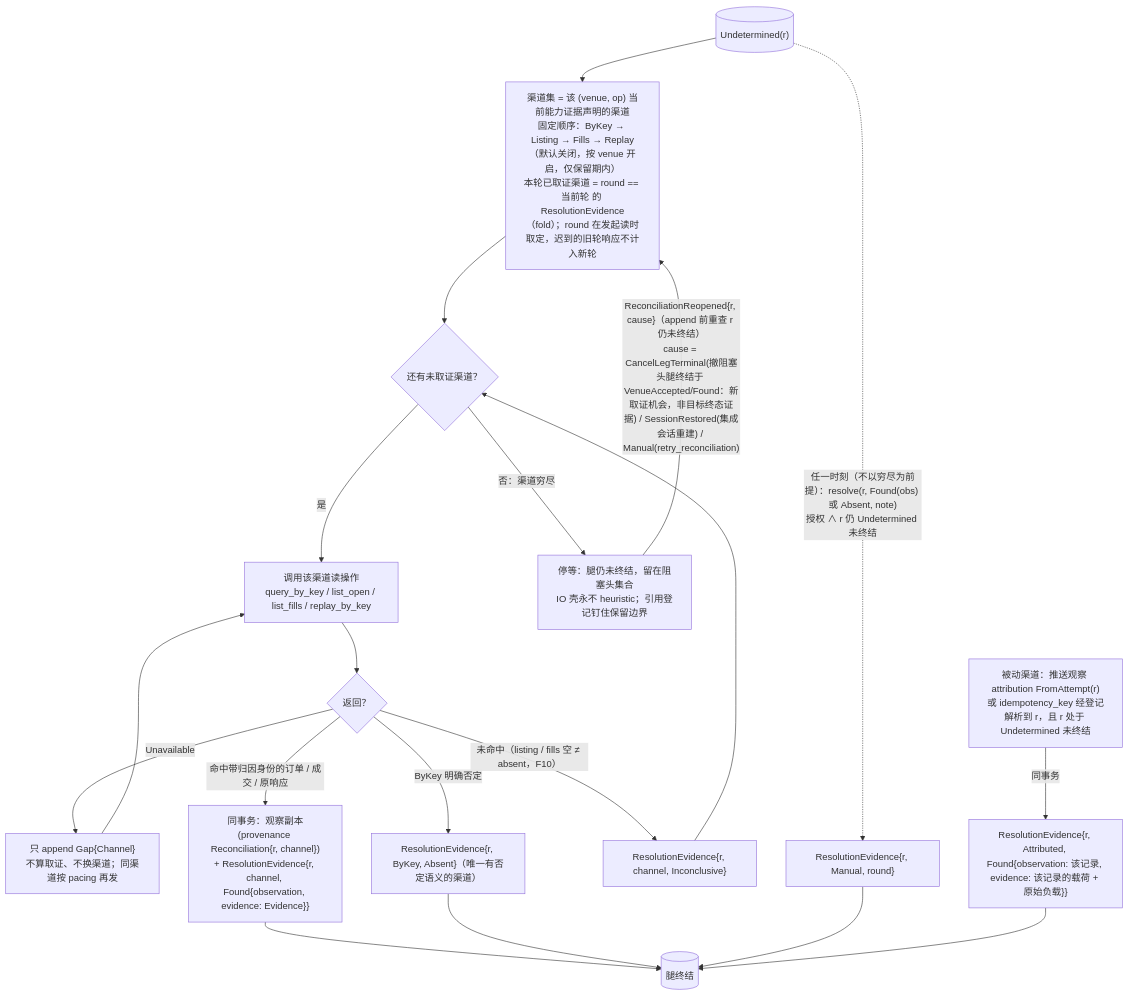
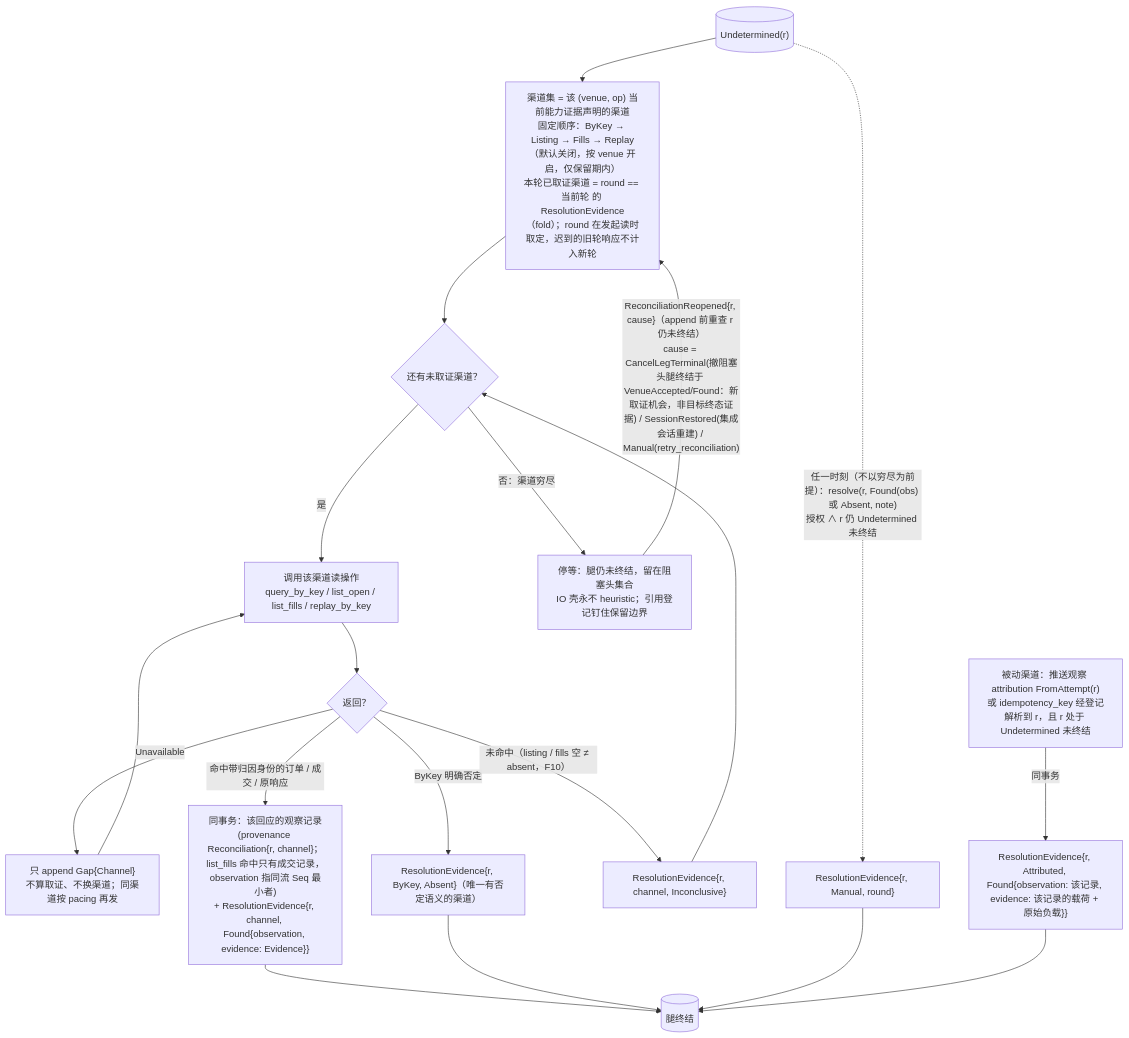
One commit to mouriya-s-lab/uta changed the second of 7 diagrams in design/diagrams/06-io-shell-attempt.md. Above: the diagram before and after it, drawn with Mermaid. The commit also changed other lines of this file and 12 other files, not shown here.

````diff
--- a/design/diagrams/06-io-shell-attempt.md
+++ b/design/diagrams/06-io-shell-attempt.md
@@ -54,22 +55,22 @@
 ```mermaid
 flowchart TB
   UD[("Undetermined(r)")]
   UD --> CH0["渠道集 = 该 (venue, op) 当前能力证据声明的渠道<br/>固定顺序：ByKey → Listing → Fills → Replay（默认关闭，按 venue 开启，仅保留期内）<br/>本轮已取证渠道 = round == 当前轮 的 ResolutionEvidence（fold）；round 在发起读时取定，迟到的旧轮响应不计入新轮"]
   CH0 --> NEXT{"还有未取证渠道？"}
   NEXT -->|"是"| CALL["调用该渠道读操作<br/>query_by_key / list_open / list_fills / replay_by_key"]
   CALL --> RES{"返回？"}
   RES -->|"Unavailable"| GAP["只 append Gap{Channel}<br/>不算取证、不换渠道；同渠道按 pacing 再发"]
   GAP --> CALL
-  RES -->|"命中带归因身份的订单 / 成交 / 原响应"| FOUND["同事务：观察副本(provenance Reconciliation{r, channel})<br/>+ ResolutionEvidence{r, channel, Found{observation, evidence: Evidence}}"]
+  RES -->|"命中带归因身份的订单 / 成交 / 原响应"| FOUND["同事务：该回应的观察记录(provenance Reconciliation{r, channel}；list_fills 命中只有成交记录，observation 指同流 Seq 最小者)<br/>+ ResolutionEvidence{r, channel, Found{observation, evidence: Evidence}}"]
   RES -->|"ByKey 明确否定"| ABS["ResolutionEvidence{r, ByKey, Absent}（唯一有否定语义的渠道）"]
   RES -->|"未命中（listing / fills 空 ≠ absent，F10）"| INC["ResolutionEvidence{r, channel, Inconclusive}"]
   INC --> NEXT
   NEXT -->|"否：渠道穷尽"| WAIT["停等：腿仍未终结，留在阻塞头集合<br/>IO 壳永不 heuristic；引用登记钉住保留边界"]
   UD -.->|"任一时刻（不以穷尽为前提）：resolve(r, Found(obs) 或 Absent, note)<br/>授权 ∧ r 仍 Undetermined 未终结"| MAN["ResolutionEvidence{r, Manual, round}"]
   WAIT -->|"ReconciliationReopened{r, cause}（append 前重查 r 仍未终结）<br/>cause = CancelLegTerminal(撤阻塞头腿终结于 VenueAccepted/Found：新取证机会，非目标终态证据) / SessionRestored(集成会话重建) / Manual(retry_reconciliation)"| CH0
   ATTR["被动渠道：推送观察 attribution FromAttempt(r)<br/>或 idempotency_key 经登记解析到 r，且 r 处于 Undetermined 未终结"] -->|"同事务"| ATT["ResolutionEvidence{r, Attributed, Found{observation: 该记录, evidence: 该记录的载荷 + 原始负载}}"]
   FOUND --> RS[("腿终结")]
   ABS --> RS
   MAN --> RS
   ATT --> RS
 ```
````
